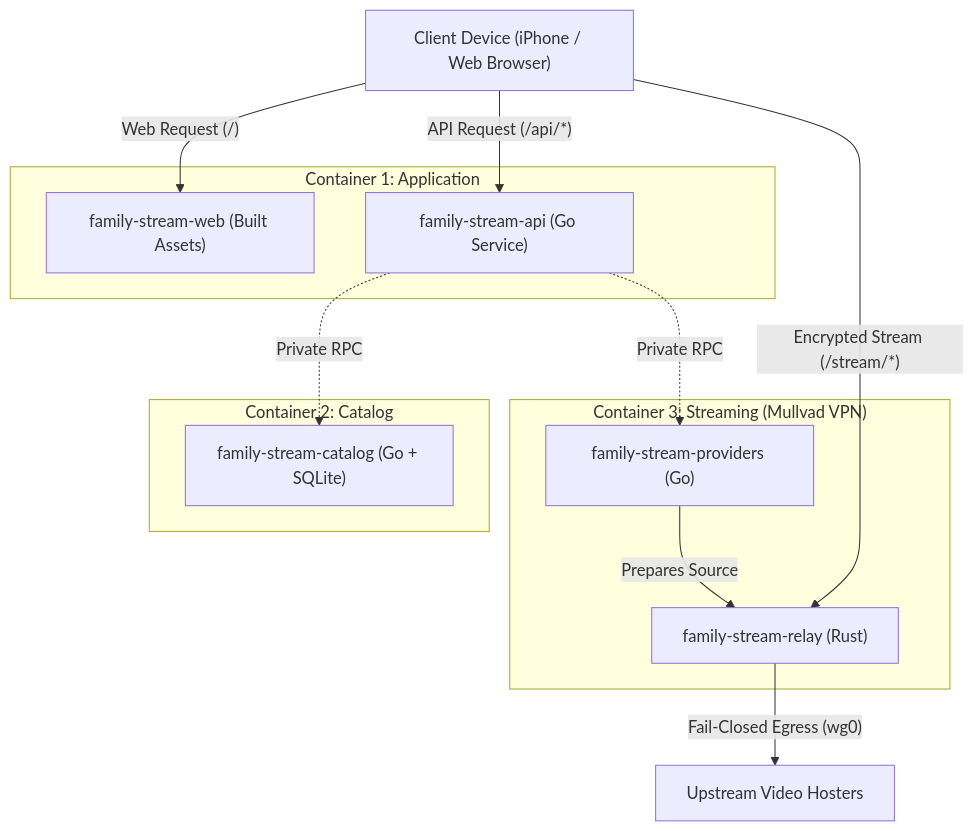
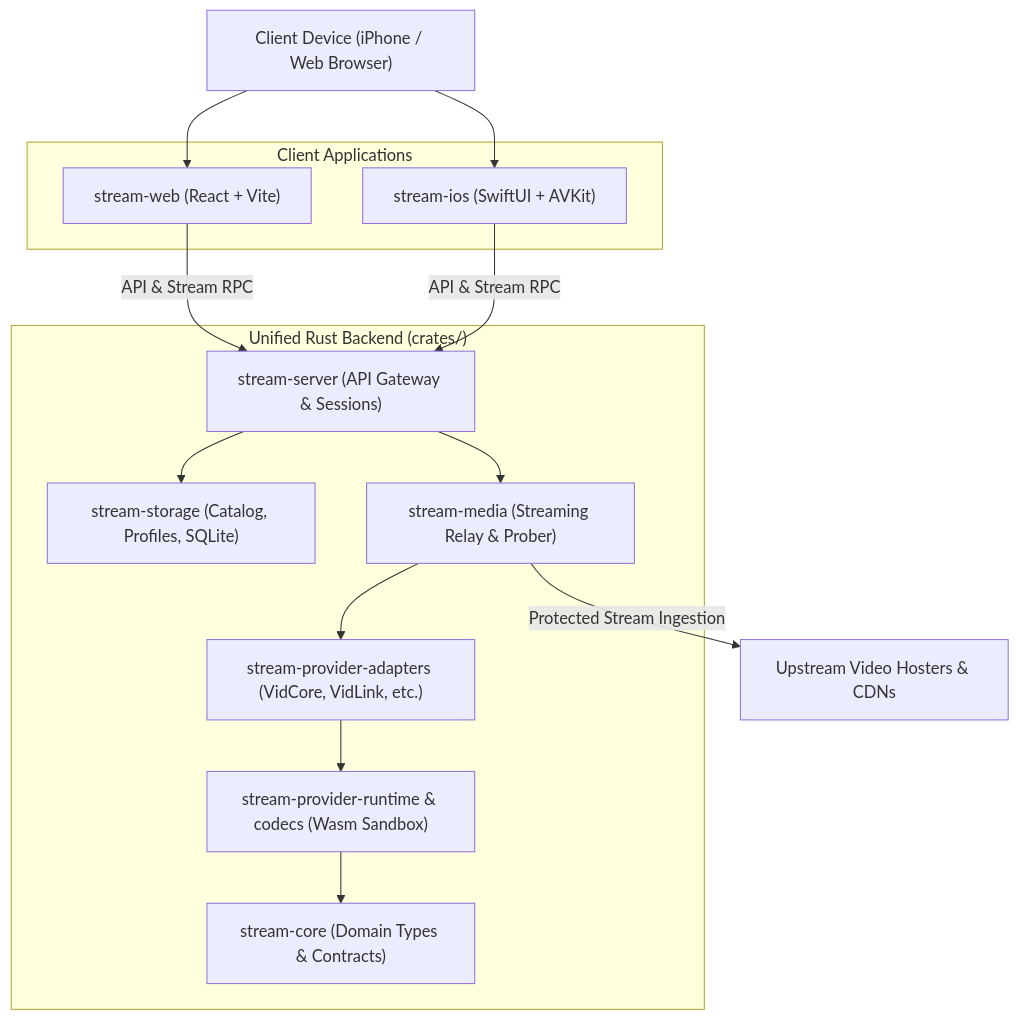
Before and after one commit to ChrisRodStar/Mello-Tv: the first of 3 diagrams in README.md, drawn with Mermaid. The commit also changed other lines of this file and 501 other files, not shown here.

First line of the commit message:
feat: migrate to unified Rust workspace and remove legacy services

````diff
--- a/README.md
+++ b/README.md
@@ -32,29 +30,32 @@
 ```mermaid
 flowchart TD
     Client["Client Device (iPhone / Web Browser)"]
 
-    subgraph AppContainer ["Container 1: Application"]
-        Web["family-stream-web (Built Assets)"]
-        API["family-stream-api (Go Service)"]
+    subgraph Clients ["Client Applications"]
+        Web["stream-web (React + Vite)"]
+        IOS["stream-ios (SwiftUI + AVKit)"]
     end
 
-    subgraph CatalogContainer ["Container 2: Catalog"]
-        Catalog["family-stream-catalog (Go + SQLite)"]
+    subgraph RustWorkspace ["Unified Rust Backend (crates/)"]
+        Server["stream-server (API Gateway & Sessions)"]
+        Storage["stream-storage (Catalog, Profiles, SQLite)"]
+        Media["stream-media (Streaming Relay & Prober)"]
+        Adapters["stream-provider-adapters (VidCore, VidLink, etc.)"]
+        Runtime["stream-provider-runtime & codecs (Wasm Sandbox)"]
+        Core["stream-core (Domain Types & Contracts)"]
+
+        Server --> Storage
+        Server --> Media
+        Media --> Adapters
+        Adapters --> Runtime
+        Runtime --> Core
     end
 
-    subgraph StreamingContainer ["Container 3: Streaming (Mullvad VPN)"]
-        Providers["family-stream-providers (Go)"]
-        Relay["family-stream-relay (Rust)"]
-        Providers -->|"Prepares Source"| Relay
-    end
+    Internet["Upstream Video Hosters & CDNs"]
 
-    Internet["Upstream Video Hosters"]
-
-    Client -->|"Web Request (/)"| Web
-    Client -->|"API Request (/api/*)"| API
-    Client -->|"Encrypted Stream (/stream/*)"| Relay
-
-    API -.->|"Private RPC"| Catalog
-    API -.->|"Private RPC"| Providers
-    Relay -->|"Fail-Closed Egress (wg0)"| Internet
+    Client --> Web
+    Client --> IOS
+    Web -->|"API & Stream RPC"| Server
+    IOS -->|"API & Stream RPC"| Server
+    Media -->|"Protected Stream Ingestion"| Internet
 ```
````
